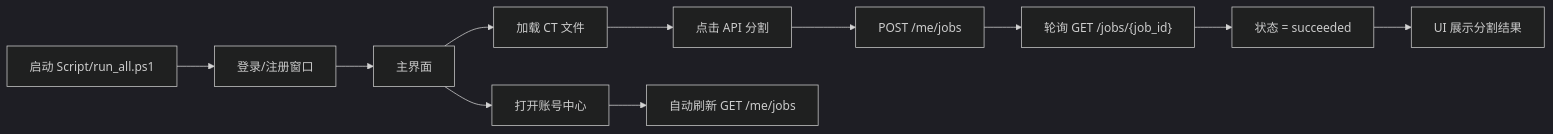
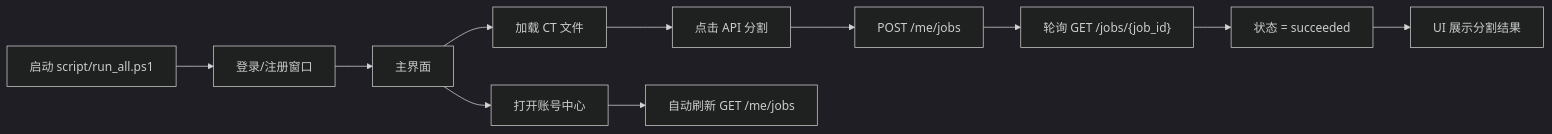
Before and after one commit to Ansel-Yu22/3DLiverTumorSegmentation: the diagram in README.md, drawn with Mermaid (dark theme). The commit also changed other lines of this file and 79 other files, not shown here.

````diff
--- a/README.md
+++ b/README.md
@@ -70,13 +70,13 @@
 ```mermaid
 flowchart LR
-  A["启动 Script/run_all.ps1"] --> B["登录/注册窗口"]
+  A["启动 script/run_all.ps1"] --> B["登录/注册窗口"]
   B --> C["主界面"]
   C --> D["加载 CT 文件"]
   D --> E["点击 API 分割"]
   E --> F["POST /me/jobs"]
   F --> G["轮询 GET /jobs/{job_id}"]
   G --> H["状态 = succeeded"]
   H --> I["UI 展示分割结果"]
   C --> J["打开账号中心"]
   J --> K["自动刷新 GET /me/jobs"]
 ```
````
